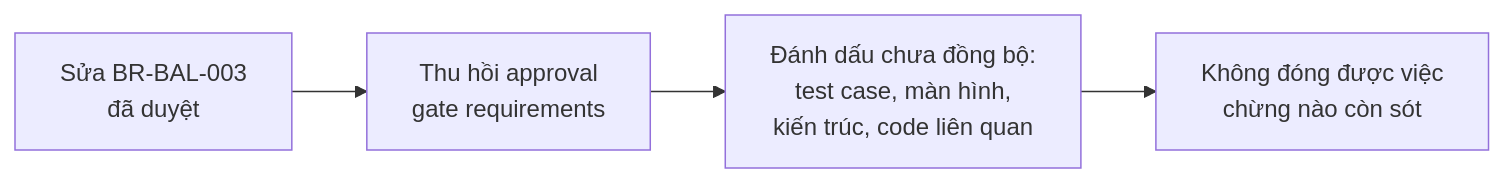
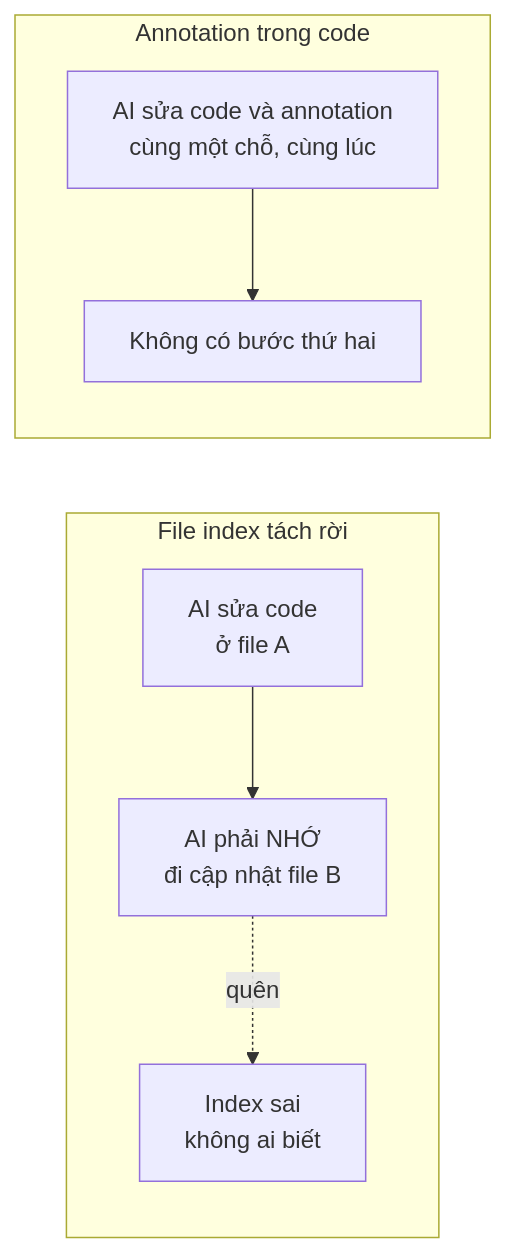
The fourth of 7 diagrams in design/KIDEA_SPEC.md (Kynderis/kendrick-ai-tools), drawn with Mermaid before and after one commit. The commit also changed other lines of this file and 2 other files, not shown here.

````diff
--- a/design/KIDEA_SPEC.md
+++ b/design/KIDEA_SPEC.md
@@ -84,6 +408,11 @@
 ```mermaid
 flowchart LR
-    A["Sửa BR-BAL-003<br/>đã duyệt"] --> B["Thu hồi approval<br/>gate requirements"]
-    B --> C["Đánh dấu chưa đồng bộ:<br/>test case, màn hình,<br/>kiến trúc, code liên quan"]
-    C --> D["Không đóng được việc<br/>chừng nào còn sót"]
+    subgraph BAD["File index tách rời"]
+    A1["AI sửa code<br/>ở file A"] --> A2["AI phải NHỚ<br/>đi cập nhật file B"]
+    A2 -.->|"quên"| A3["Index sai<br/>không ai biết"]
+    end
+
+    subgraph GOOD["Annotation trong code"]
+    B1["AI sửa code và annotation<br/>cùng một chỗ, cùng lúc"] --> B2["Không có bước thứ hai"]
+    end
 ```
````
